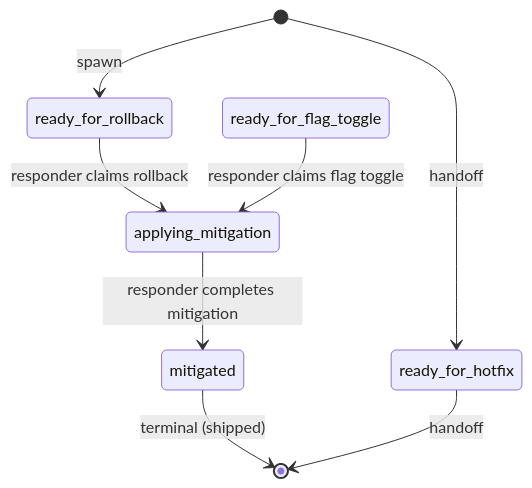
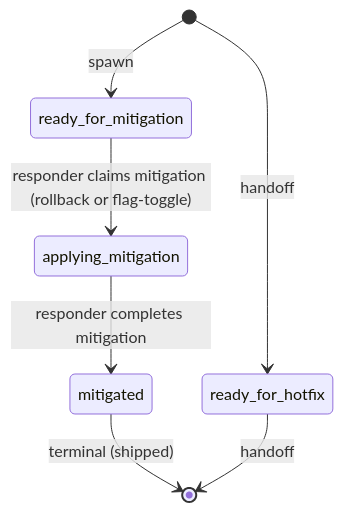
The diagram in examples/workflows/mitigation.md (blemees/blemees-workflow), drawn with Mermaid before and after one commit. The commit also changed other lines of this file and 11 other files, not shown here.

````diff
--- a/examples/workflows/mitigation.md
+++ b/examples/workflows/mitigation.md
@@ -13,15 +13,14 @@
 ```mermaid
 stateDiagram-v2
     direction TB
     %% Cross-process interfaces:
     %%   Handoff: ready_for_hotfix (shared resting state)
     %%
 
-    ready_for_rollback --> applying_mitigation: responder claims rollback
-    ready_for_flag_toggle --> applying_mitigation: responder claims flag toggle
+    ready_for_mitigation --> applying_mitigation: responder claims mitigation (rollback or flag-toggle)
     applying_mitigation --> mitigated: responder completes mitigation
     mitigated --> [*]: terminal (shipped)
     [*] --> ready_for_hotfix: handoff
     ready_for_hotfix --> [*]: handoff
-    [*] --> ready_for_rollback: spawn
+    [*] --> ready_for_mitigation: spawn
 ```
````
